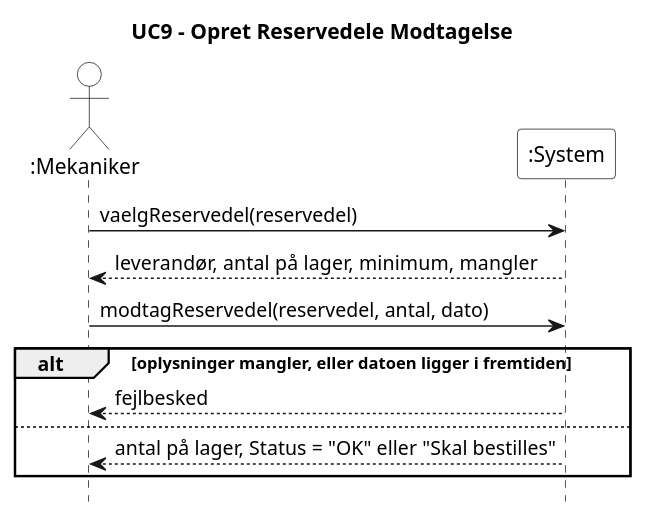
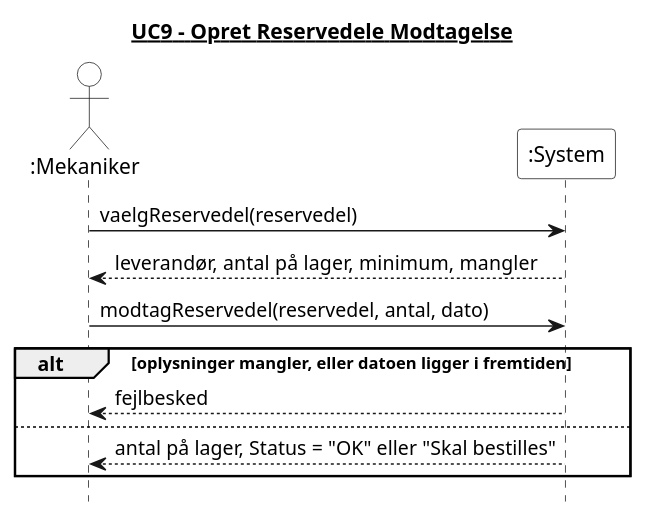
The diagram in 4. System Sekvens Diagram/UC9_opret_reservedele_modtagelse.puml (Zoabz/Getting-Real), drawn with PlantUML before and after one commit. The commit also changed 8 other files, not shown here.

```diff
--- a/4. System Sekvens Diagram/UC9_opret_reservedele_modtagelse.puml
+++ b/4. System Sekvens Diagram/UC9_opret_reservedele_modtagelse.puml
@@ -1,29 +1,29 @@
 @startuml
-title UC9 - Opret Reservedele Modtagelse
+title <u>UC9 - Opret Reservedele Modtagelse</u>
 hide footbox
 skinparam monochrome true
 skinparam shadowing false
 skinparam backgroundColor white
 skinparam actor {
   BackgroundColor white
 }
 skinparam participant {
   BackgroundColor white
 }
 
 actor ":Mekaniker"
 participant ":System" as System
 
 ":Mekaniker" -> System : vaelgReservedel(reservedel)
 
 System --> ":Mekaniker" : leverandør, antal på lager, minimum, mangler
 
 ":Mekaniker" -> System : modtagReservedel(reservedel, antal, dato)
 
 alt oplysninger mangler, eller datoen ligger i fremtiden
   System --> ":Mekaniker" : fejlbesked
 else 
   System --> ":Mekaniker" : antal på lager, Status = "OK" eller "Skal bestilles"
 end
 
 @enduml
```
